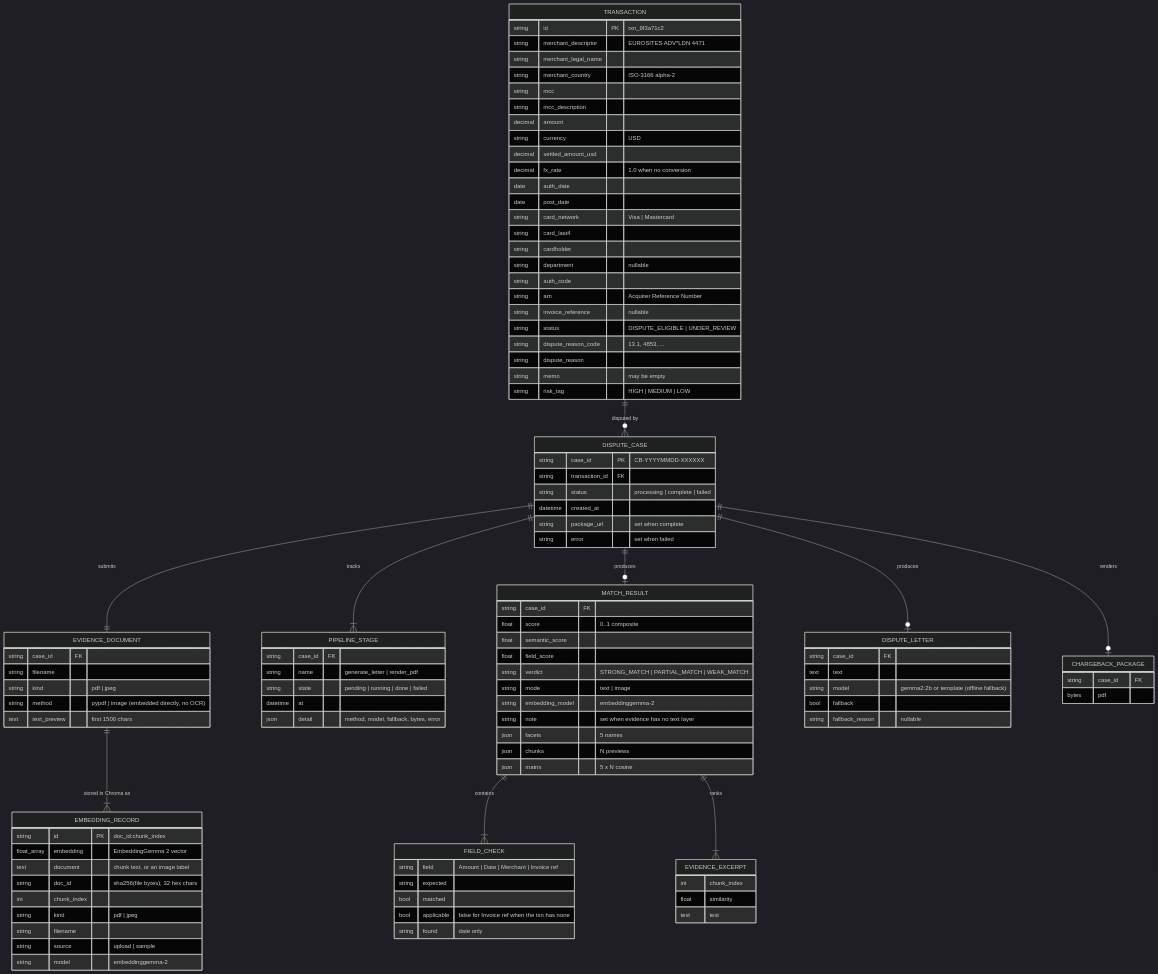
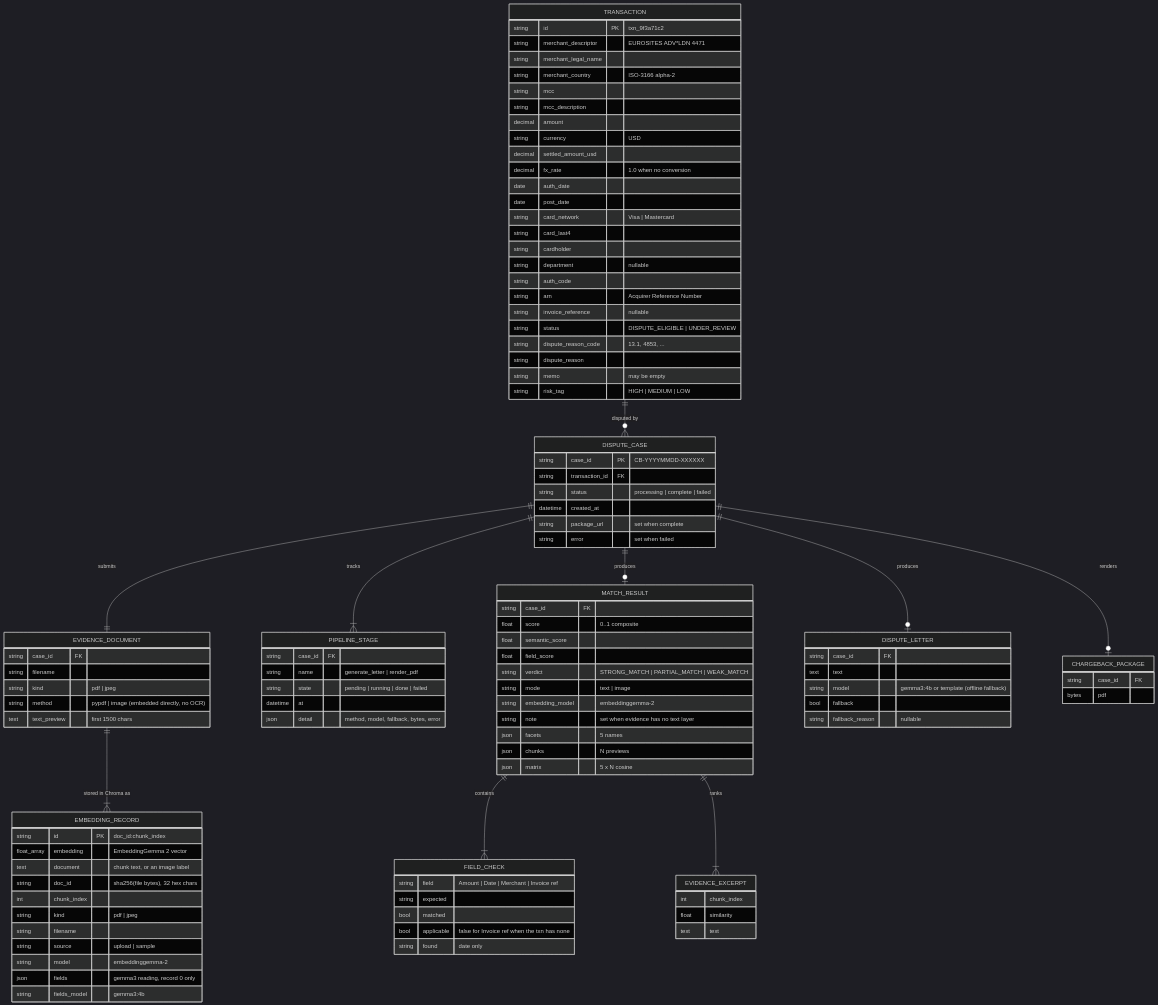
One commit to rajatrao/payment_intelligence changed the sixth of 7 diagrams in docs/ARCHITECTURE.md. Above: the diagram before and after it, drawn with Mermaid (dark theme). The commit also changed other lines of this file and 17 other files, not shown here.

First line of the commit message:
Read evidence fields with gemma3 and add evidence search

```diff
--- a/docs/ARCHITECTURE.md
+++ b/docs/ARCHITECTURE.md
@@ -371,6 +372,8 @@
         string filename
         string source "upload | sample"
         string model "embeddinggemma-2"
+        json fields "gemma3 reading, record 0 only"
+        string fields_model "gemma3:4b"
     }
     PIPELINE_STAGE {
         string case_id FK
@@ -407,7 +410,7 @@
     DISPUTE_LETTER {
         string case_id FK
         text text
-        string model "gemma2:2b or template (offline fallback)"
+        string model "gemma3:4b or template (offline fallback)"
         bool fallback
         string fallback_reason "nullable"
     }
```
